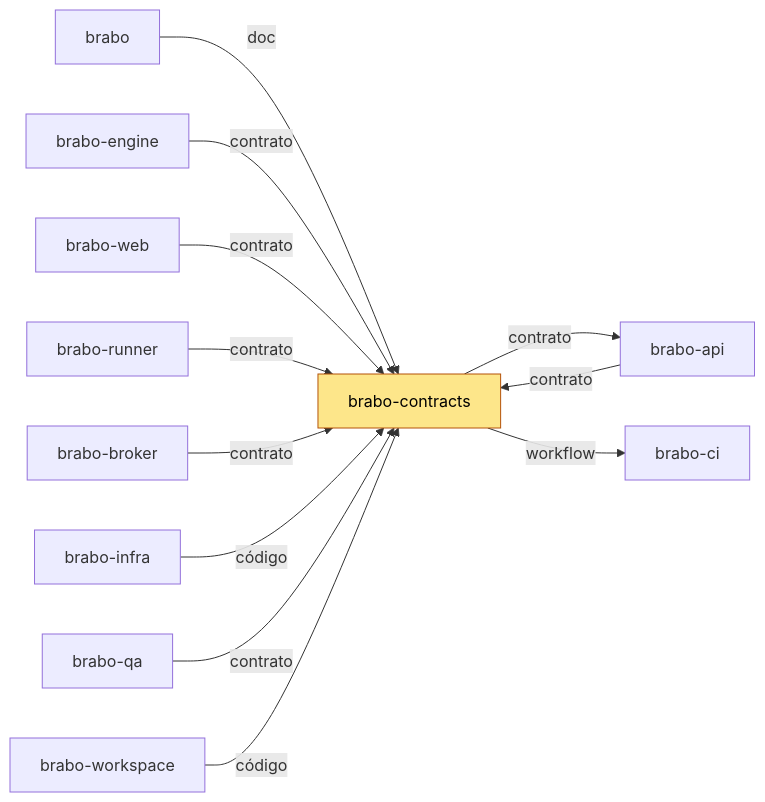
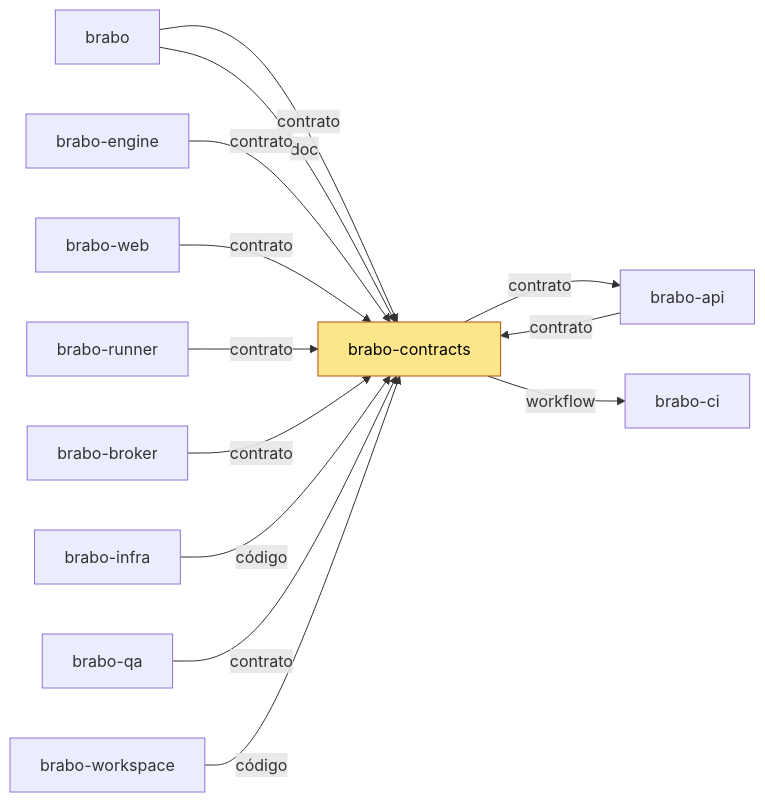
The diagram in README.md (viralabs-dev/brabo-contracts), drawn with Mermaid before and after one commit. The commit also changed other lines of this file and 1 other file, not shown here.

First line of the commit message:
docs: regenera o mapa do README com a aresta para o brabo-contracts (AT-848)

````diff
--- a/README.md
+++ b/README.md
@@ -36,27 +36,28 @@
 ```mermaid
 flowchart LR
   brabo["brabo"]
   brabo_api["brabo-api"]
   brabo_engine["brabo-engine"]
   brabo_web["brabo-web"]
   brabo_runner["brabo-runner"]
   brabo_broker["brabo-broker"]
   brabo_contracts["brabo-contracts"]
   brabo_ci["brabo-ci"]
   brabo_infra["brabo-infra"]
   brabo_qa["brabo-qa"]
   brabo_workspace["brabo-workspace"]
+  brabo -->|contrato| brabo_contracts
   brabo -->|doc| brabo_contracts
   brabo_api -->|contrato| brabo_contracts
   brabo_engine -->|contrato| brabo_contracts
   brabo_web -->|contrato| brabo_contracts
   brabo_runner -->|contrato| brabo_contracts
   brabo_broker -->|contrato| brabo_contracts
   brabo_contracts -->|contrato| brabo_api
   brabo_contracts -->|workflow| brabo_ci
   brabo_infra -->|código| brabo_contracts
   brabo_qa -->|contrato| brabo_contracts
   brabo_workspace -->|código| brabo_contracts
   classDef atual fill:#fde68a,stroke:#b45309,color:#000
   class brabo_contracts atual
 ```
````
